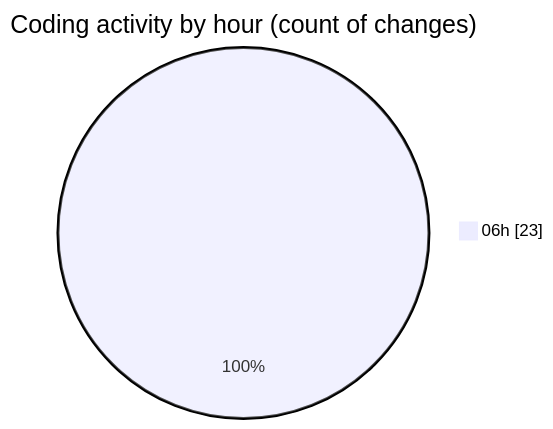
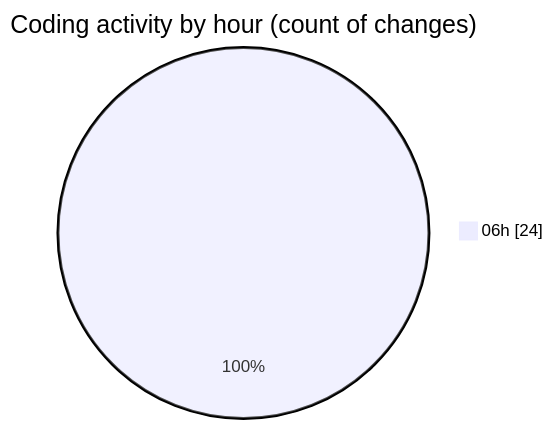
One commit to becaeroporto-bot/code-tracking changed the second of 2 diagrams in 2026-02-21/bot_i_a/README.md. Above: the diagram before and after it, drawn with Mermaid. The commit also changed other lines of this file and 1 other file, not shown here.

````diff
--- a/2026-02-21/bot_i_a/README.md
+++ b/2026-02-21/bot_i_a/README.md
@@ -35,5 +36,5 @@
 ```mermaid
 pie showData
 title Coding activity by hour (count of changes)
-"06h" : 23
+"06h" : 24
 ```
````
